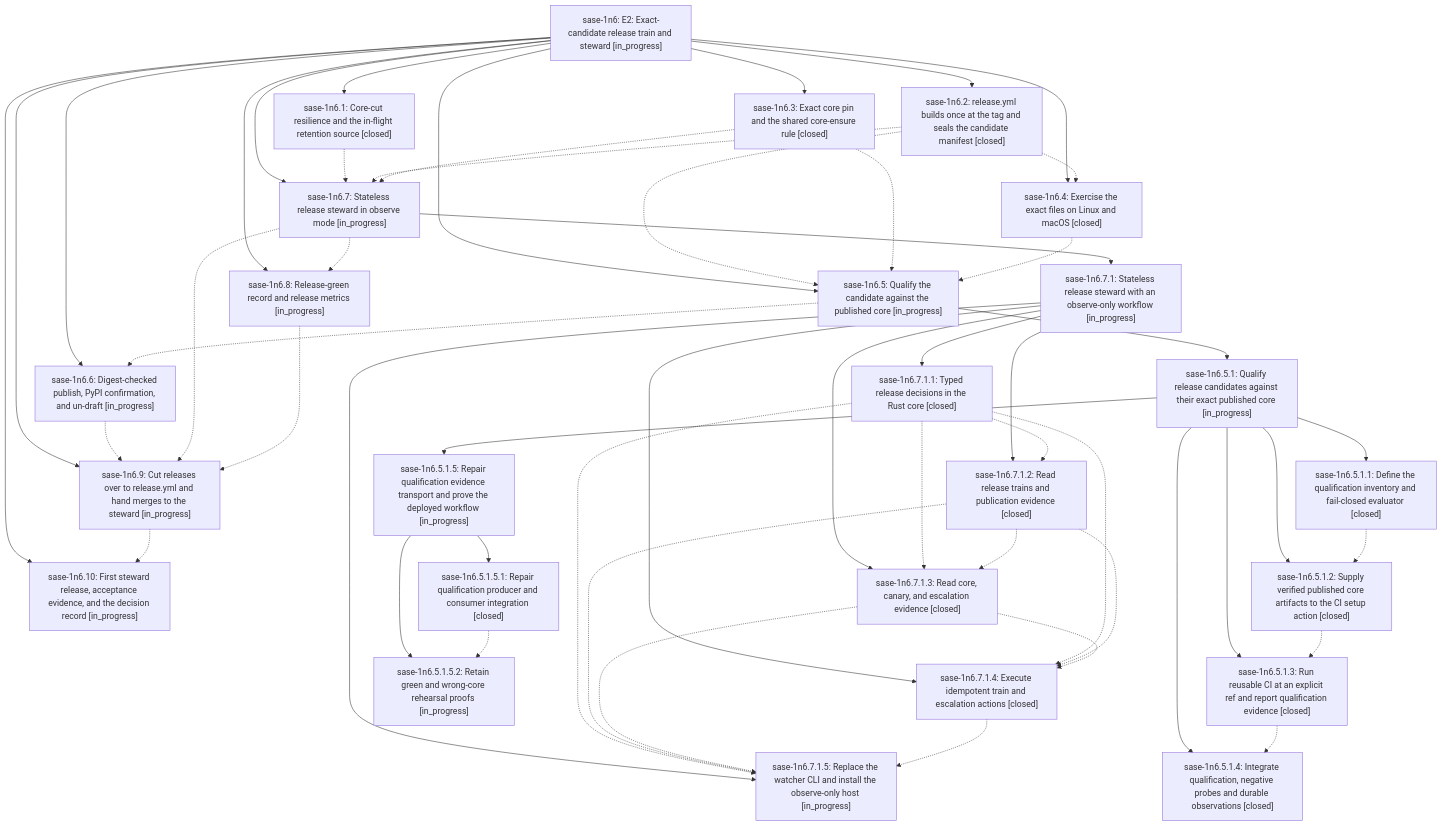
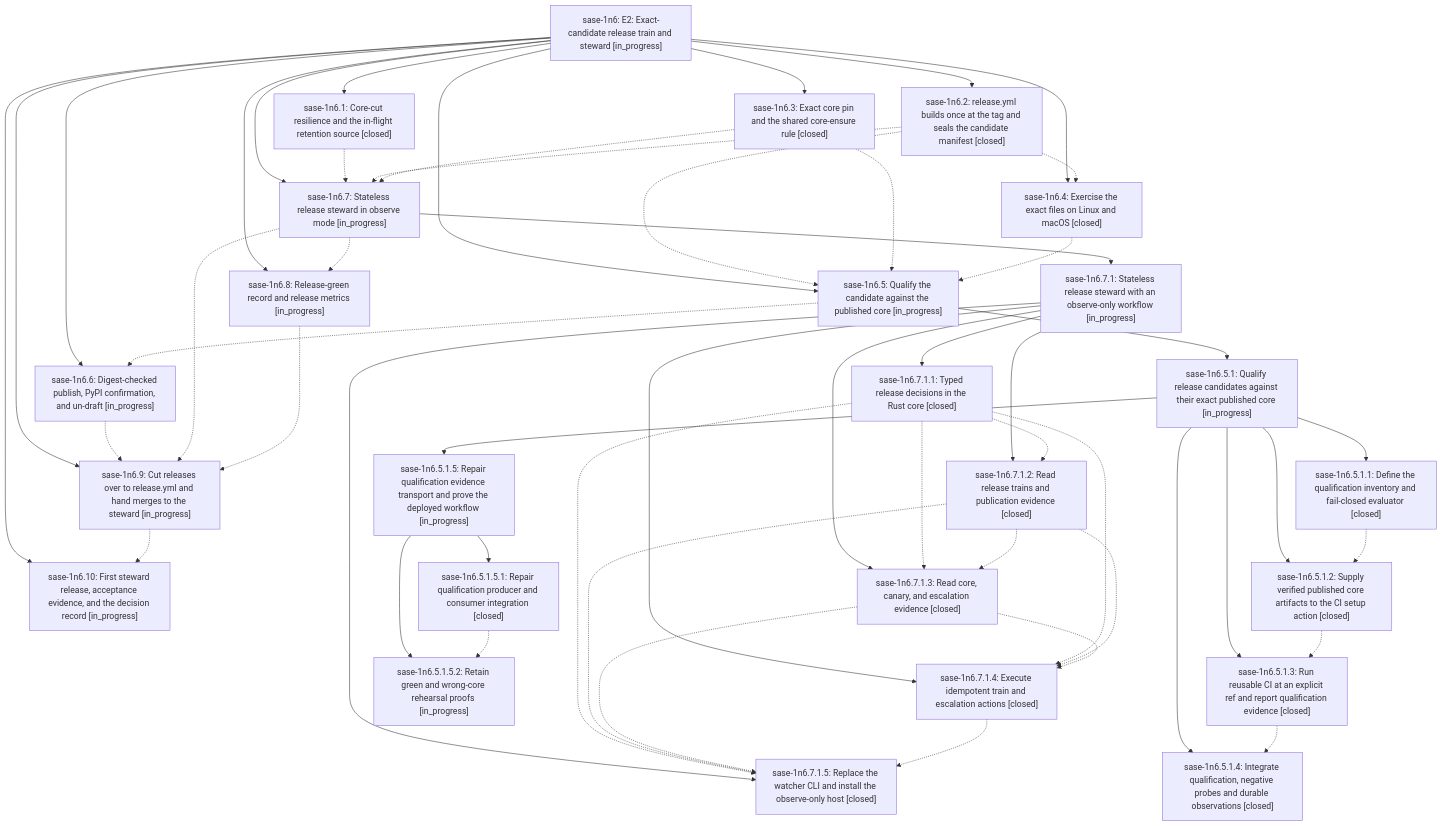
The diagram in pages/sase-1n6/README.md (sase-org/sase--beads), drawn with Mermaid before and after one commit. The commit also changed other lines of this file and 8 other files, not shown here.

````diff
--- a/pages/sase-1n6/README.md
+++ b/pages/sase-1n6/README.md
@@ -49,79 +49,79 @@
 ```mermaid
 flowchart TD
     n0["sase-1n6: E2: Exact-candidate release train and steward [in_progress]"]
     n1["sase-1n6.1: Core-cut resilience and the in-flight retention source [closed]"]
     n2["sase-1n6.10: First steward release, acceptance evidence, and the decision record [in_progress]"]
     n3["sase-1n6.2: release.yml builds once at the tag and seals the candidate manifest [closed]"]
     n4["sase-1n6.3: Exact core pin and the shared core-ensure rule [closed]"]
     n5["sase-1n6.4: Exercise the exact files on Linux and macOS [closed]"]
     n6["sase-1n6.5: Qualify the candidate against the published core [in_progress]"]
     n7["sase-1n6.5.1: Qualify release candidates against their exact published core [in_progress]"]
     n8["sase-1n6.5.1.1: Define the qualification inventory and fail-closed evaluator [closed]"]
     n9["sase-1n6.5.1.2: Supply verified published core artifacts to the CI setup action [closed]"]
     n10["sase-1n6.5.1.3: Run reusable CI at an explicit ref and report qualification evidence [closed]"]
     n11["sase-1n6.5.1.4: Integrate qualification, negative probes and durable observations [closed]"]
     n12["sase-1n6.5.1.5: Repair qualification evidence transport and prove the deployed workflow [in_progress]"]
     n13["sase-1n6.5.1.5.1: Repair qualification producer and consumer integration [closed]"]
     n14["sase-1n6.5.1.5.2: Retain green and wrong-core rehearsal proofs [in_progress]"]
     n15["sase-1n6.6: Digest-checked publish, PyPI confirmation, and un-draft [in_progress]"]
     n16["sase-1n6.7: Stateless release steward in observe mode [in_progress]"]
     n17["sase-1n6.7.1: Stateless release steward with an observe-only workflow [in_progress]"]
     n18["sase-1n6.7.1.1: Typed release decisions in the Rust core [closed]"]
     n19["sase-1n6.7.1.2: Read release trains and publication evidence [closed]"]
     n20["sase-1n6.7.1.3: Read core, canary, and escalation evidence [closed]"]
     n21["sase-1n6.7.1.4: Execute idempotent train and escalation actions [closed]"]
-    n22["sase-1n6.7.1.5: Replace the watcher CLI and install the observe-only host [in_progress]"]
+    n22["sase-1n6.7.1.5: Replace the watcher CLI and install the observe-only host [closed]"]
     n23["sase-1n6.8: Release-green record and release metrics [in_progress]"]
     n24["sase-1n6.9: Cut releases over to release.yml and hand merges to the steward [in_progress]"]
     n0 --> n1
     n0 --> n2
     n0 --> n3
     n0 --> n4
     n0 --> n5
     n0 --> n6
     n6 --> n7
     n7 --> n8
     n7 --> n9
     n7 --> n10
     n7 --> n11
     n7 --> n12
     n12 --> n13
     n12 --> n14
     n0 --> n15
     n0 --> n16
     n16 --> n17
     n17 --> n18
     n17 --> n19
     n17 --> n20
     n17 --> n21
     n17 --> n22
     n0 --> n23
     n0 --> n24
     n1 -.-> n16
     n3 -.-> n5
     n3 -.-> n6
     n3 -.-> n16
     n4 -.-> n6
     n4 -.-> n16
     n5 -.-> n6
     n6 -.-> n15
     n8 -.-> n9
     n9 -.-> n10
     n10 -.-> n11
     n13 -.-> n14
     n15 -.-> n24
     n16 -.-> n23
     n16 -.-> n24
     n18 -.-> n19
     n18 -.-> n20
     n18 -.-> n21
     n18 -.-> n22
     n19 -.-> n20
     n19 -.-> n21
     n19 -.-> n22
     n20 -.-> n21
     n20 -.-> n22
     n21 -.-> n22
     n23 -.-> n24
     n24 -.-> n2
 ```
````
